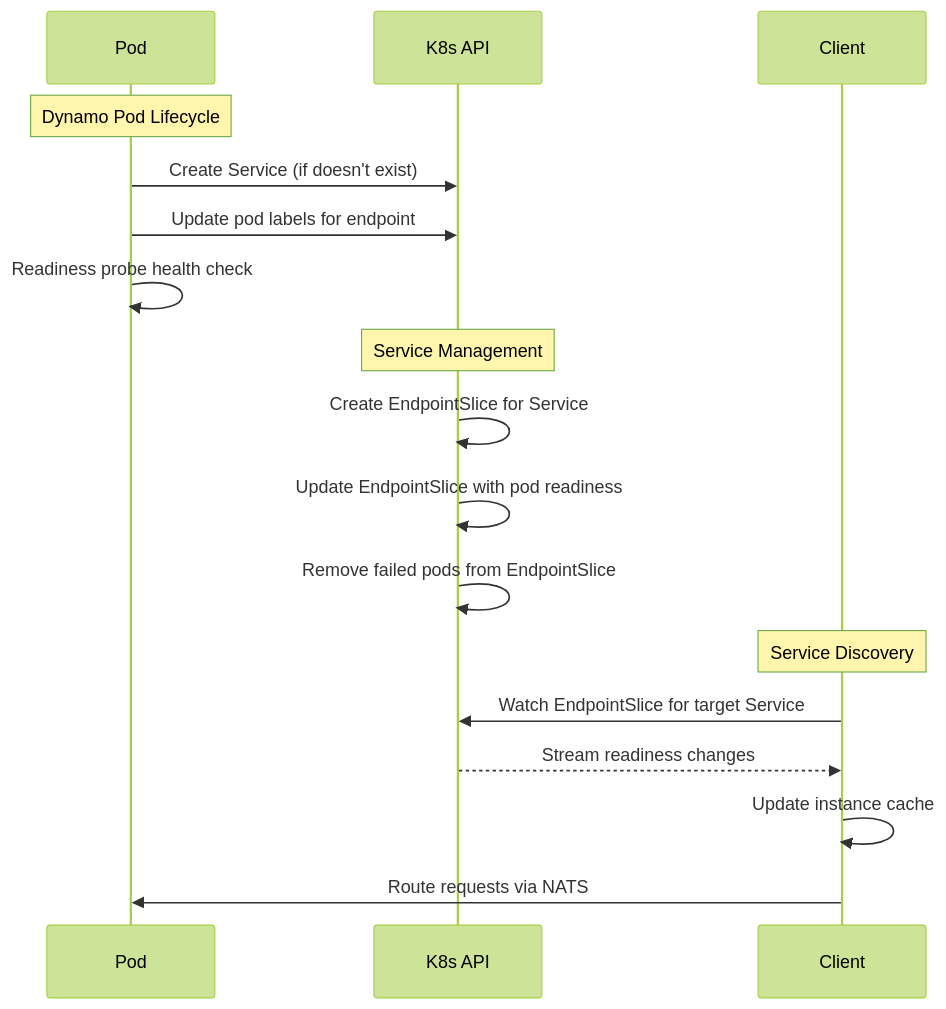
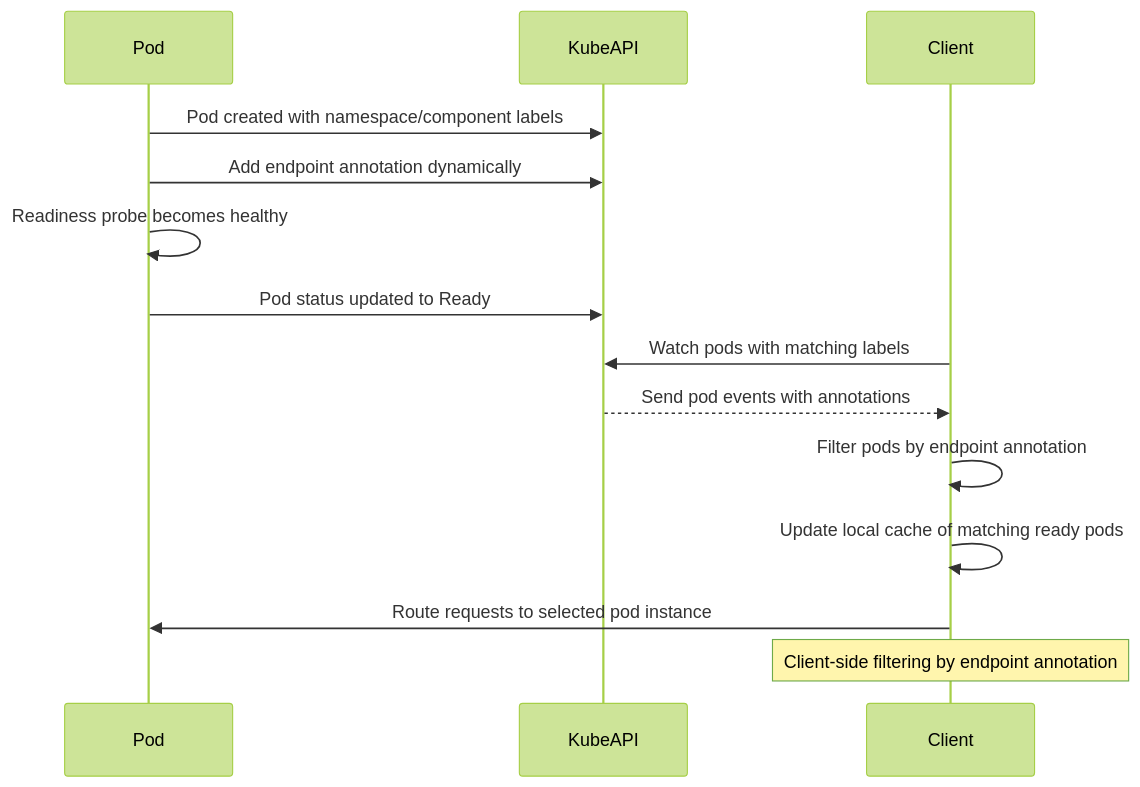
The third of 3 diagrams in deps/etcd-k8s.md (ai-dynamo/enhancements), drawn with Mermaid (forest theme) before and after one commit. The commit also changed other lines of this file, not shown here.

````diff
--- a/deps/etcd-k8s.md
+++ b/deps/etcd-k8s.md
@@ -291,22 +193,19 @@
 ```mermaid
 sequenceDiagram
     participant Pod
-    participant K8s API
+    participant KubeAPI
     participant Client
 
-    Note over Pod: Dynamo Pod Lifecycle
-    Pod->>K8s API: Create Service (if doesn't exist)
-    Pod->>K8s API: Update pod labels for endpoint
-    Pod->>Pod: Readiness probe health check
+    Pod->>KubeAPI: Pod created with namespace/component labels
+    Pod->>KubeAPI: Add endpoint annotation dynamically
+    Pod->>Pod: Readiness probe becomes healthy
+    Pod->>KubeAPI: Pod status updated to Ready
 
-    Note over K8s API: Service Management
-    K8s API->>K8s API: Create EndpointSlice for Service
-    K8s API->>K8s API: Update EndpointSlice with pod readiness
-    K8s API->>K8s API: Remove failed pods from EndpointSlice
+    Client->>KubeAPI: Watch pods with matching labels
+    KubeAPI-->>Client: Send pod events with annotations
+    Client->>Client: Filter pods by endpoint annotation
+    Client->>Client: Update local cache of matching ready pods
+    Client->>Pod: Route requests to selected pod instance
 
-    Note over Client: Service Discovery
-    Client->>K8s API: Watch EndpointSlice for target Service
-    K8s API-->>Client: Stream readiness changes
-    Client->>Client: Update instance cache
-    Client->>Pod: Route requests via NATS
+    Note over Client: Client-side filtering by endpoint annotation
 ```
````
